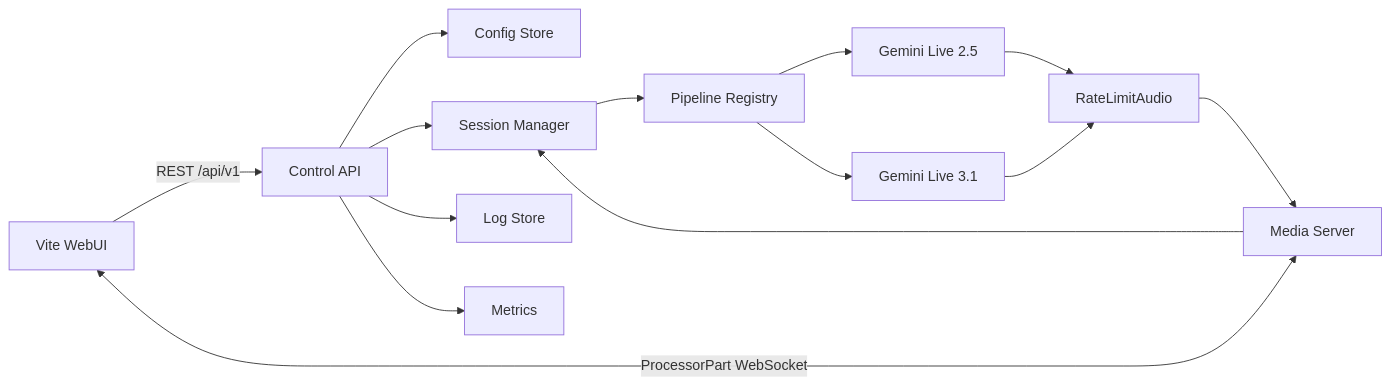
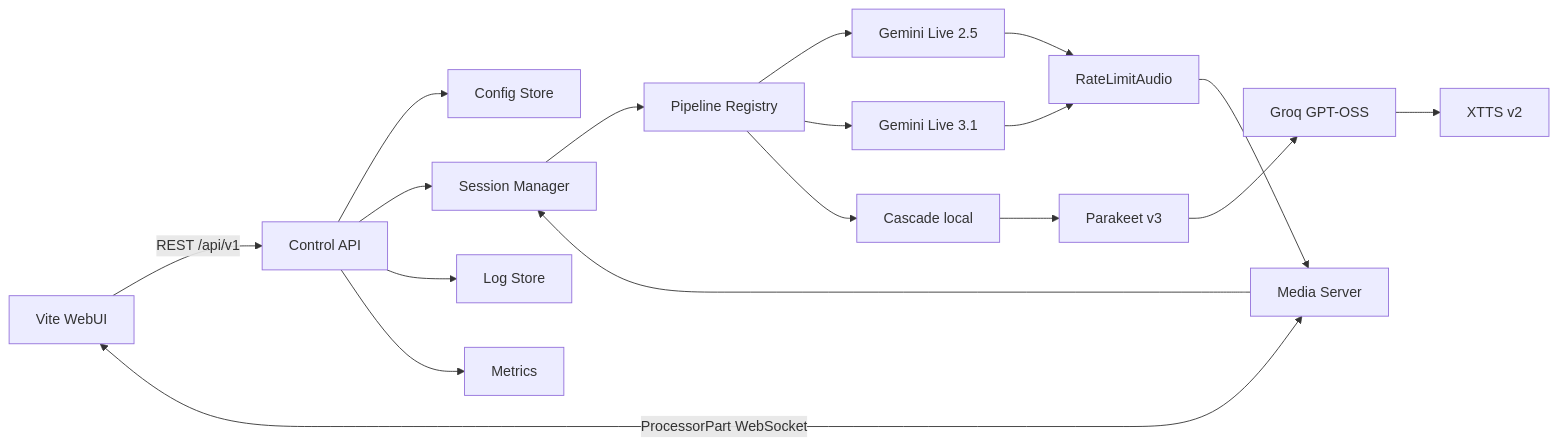
One commit to brasalabs6/genai-processors changed the first of 13 diagrams in leonidas/WORKFLOW.md. Above: the diagram before and after it, drawn with Mermaid. The commit also changed other lines of this file and 38 other files, not shown here.

Commit message:
feat(leonidas): add local cascade pipeline

````diff
--- a/leonidas/WORKFLOW.md
+++ b/leonidas/WORKFLOW.md
@@ -5,16 +5,20 @@
 ```mermaid
 flowchart LR
   UI[Vite WebUI] -->|REST /api/v1| API[Control API]
   UI <-->|ProcessorPart WebSocket| WS[Media Server]
   API --> CFG[Config Store]
   API --> SM[Session Manager]
   API --> LOG[Log Store]
   API --> MET[Metrics]
   WS --> SM
   SM --> REG[Pipeline Registry]
   REG --> G25[Gemini Live 2.5]
   REG --> G31[Gemini Live 3.1]
+  REG --> CAS[Cascade local]
+  CAS --> STT[Parakeet v3]
+  STT --> GRQ[Groq GPT-OSS]
+  GRQ --> XTTS[XTTS v2]
   G25 --> RATE[RateLimitAudio]
   G31 --> RATE
   RATE --> WS
 ```
````
